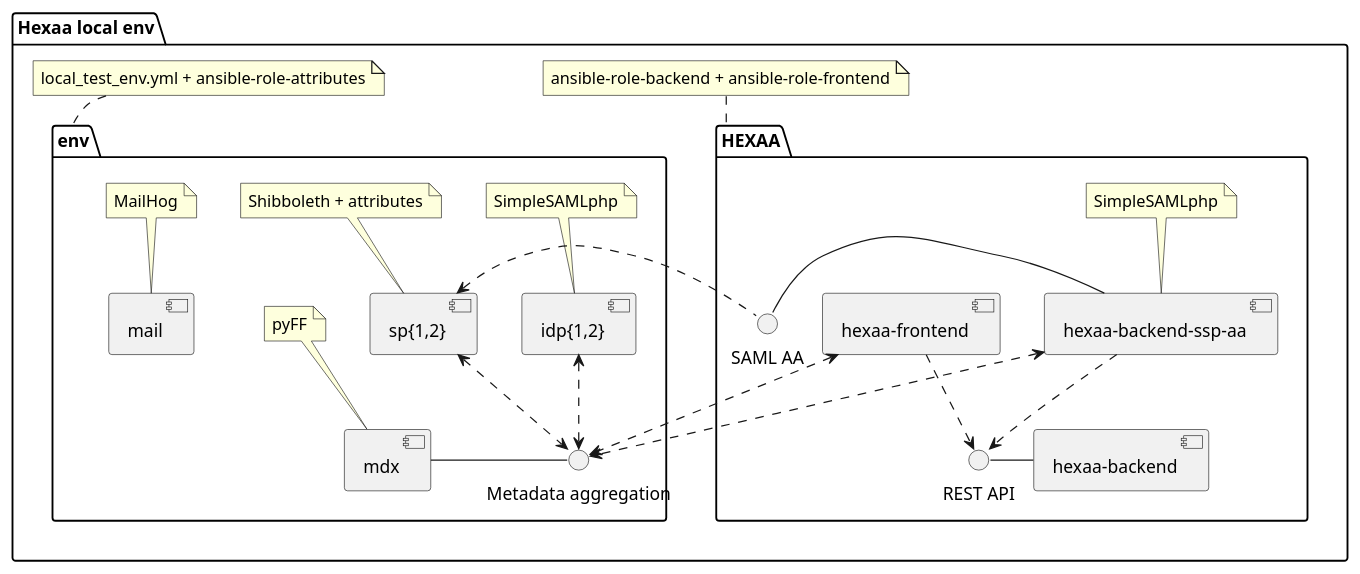
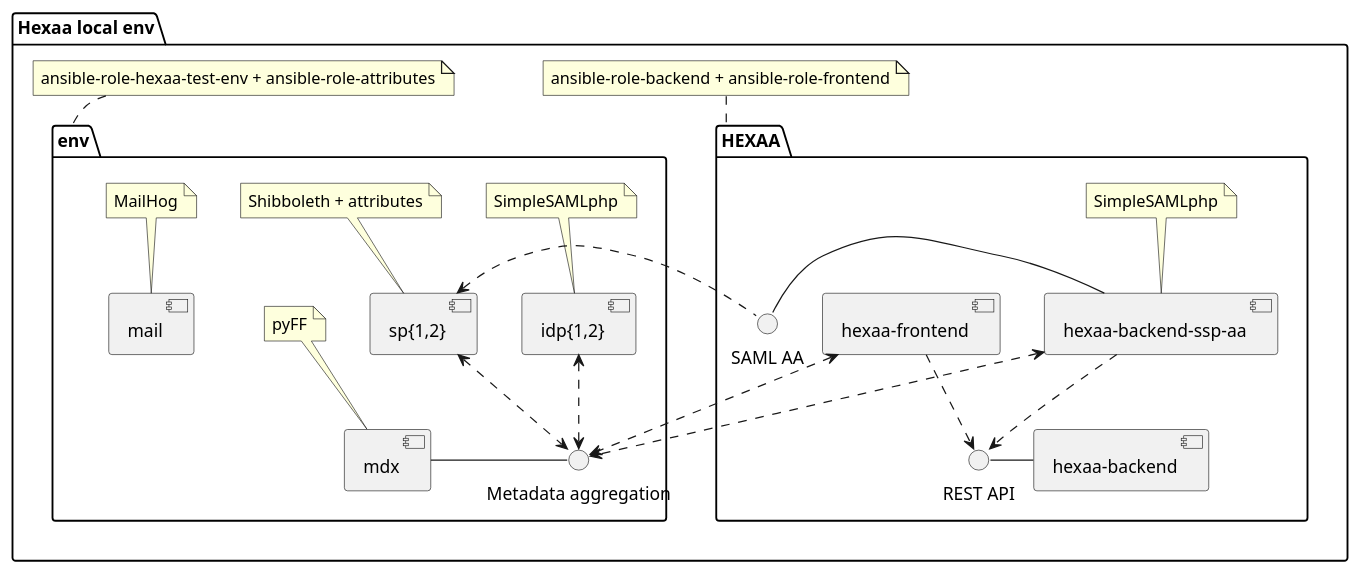
One commit to hexaaproject/ansible-hexaa changed the diagram in doc/hexaa_env.puml. Above: the diagram before and after it, drawn with PlantUML. The commit also changed 1 other file, not shown here.

Commit message:
Update doc with test-env role

```diff
--- a/doc/hexaa_env.puml
+++ b/doc/hexaa_env.puml
@@ -1,57 +1,57 @@
 @startuml
 package "Hexaa local env" {
 
     package "HEXAA" {
         interface "REST API" as rest
         interface "SAML AA" as aa
     }
 
     package "env" {
         interface "Metadata aggregation" as metadata
     }
 
 
     package "HEXAA" {
 
         rest - [hexaa-backend]
         aa - [hexaa-backend-ssp-aa]
 
         [hexaa-backend-ssp-aa]
         note top: SimpleSAMLphp
 
         [hexaa-backend-ssp-aa] ..> rest
 
         [hexaa-backend-ssp-aa]  <..> metadata
 
 
         [hexaa-frontend] ..> rest
         [hexaa-frontend] <..> metadata
 
     }
     note top of HEXAA: ansible-role-backend + ansible-role-frontend
 
 
     package "env" {
 
 
         [idp{1,2}]
         note top: SimpleSAMLphp
 
         [sp{1,2}]
         note top: Shibboleth + attributes
 
         [mdx]
         note top: pyFF
 
         metadata - [mdx]
         [idp{1,2}] <..> metadata
         [sp{1,2}]  <..> metadata
         [sp{1,2}]  <.. aa
 
         [mail]
         note top: MailHog
     }
-    note top of env: local_test_env.yml + ansible-role-attributes
+    note top of env: ansible-role-hexaa-test-env + ansible-role-attributes
 
 }
 @enduml
```
